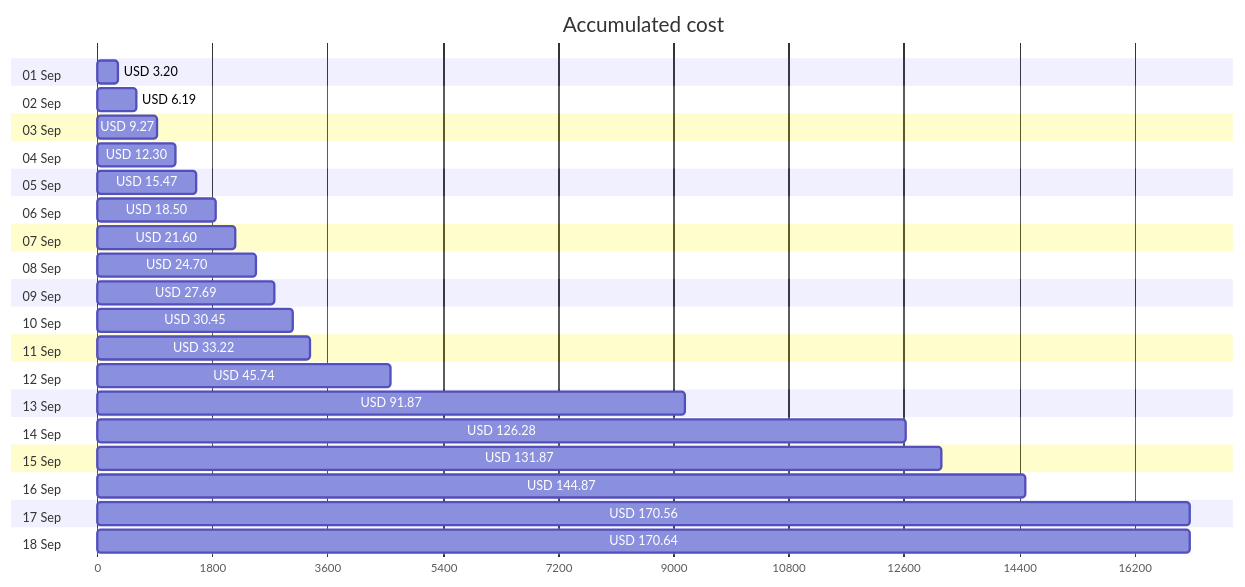
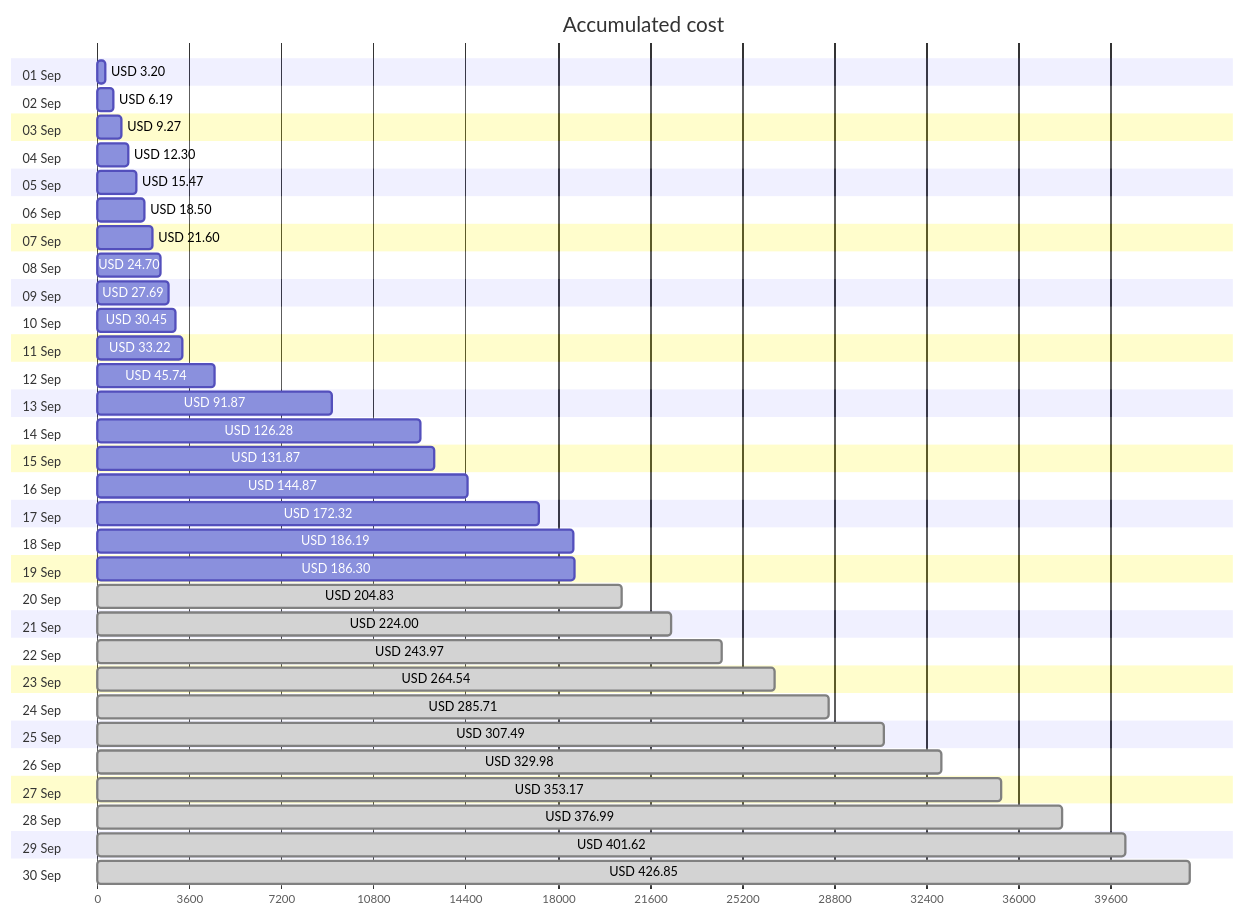
One commit to jpfulton/azure-personal-reports changed the first of 4 diagrams in cost-reports/personal-network/README.md. Above: the diagram before and after it, drawn with Mermaid. The commit also changed other lines of this file and 17 other files, not shown here.

````diff
--- a/cost-reports/personal-network/README.md
+++ b/cost-reports/personal-network/README.md
@@ -20,42 +20,66 @@
 ```mermaid
 gantt
    title Accumulated cost
    dateFormat  X
    axisFormat %s
    section 01 Sep
    USD 3.20 :0, 320
    section 02 Sep
    USD 6.19 :0, 619
    section 03 Sep
    USD 9.27 :0, 927
    section 04 Sep
    USD 12.30 :0, 1230
    section 05 Sep
    USD 15.47 :0, 1547
    section 06 Sep
    USD 18.50 :0, 1850
    section 07 Sep
    USD 21.60 :0, 2160
    section 08 Sep
    USD 24.70 :0, 2470
    section 09 Sep
    USD 27.69 :0, 2769
    section 10 Sep
    USD 30.45 :0, 3045
    section 11 Sep
    USD 33.22 :0, 3322
    section 12 Sep
    USD 45.74 :0, 4574
    section 13 Sep
    USD 91.87 :0, 9187
    section 14 Sep
    USD 126.28 :0, 12628
    section 15 Sep
    USD 131.87 :0, 13187
    section 16 Sep
    USD 144.87 :0, 14487
    section 17 Sep
-   USD 170.56 :0, 17056
+   USD 172.32 :0, 17232
    section 18 Sep
-   USD 170.64 :0, 17064
+   USD 186.19 :0, 18619
+   section 19 Sep
+   USD 186.30 :0, 18630
+   section 20 Sep
+   USD 204.83 : done, 0, 20483
+   section 21 Sep
+   USD 224.00 : done, 0, 22400
+   section 22 Sep
+   USD 243.97 : done, 0, 24397
+   section 23 Sep
+   USD 264.54 : done, 0, 26454
+   section 24 Sep
+   USD 285.71 : done, 0, 28571
+   section 25 Sep
+   USD 307.49 : done, 0, 30749
+   section 26 Sep
+   USD 329.98 : done, 0, 32998
+   section 27 Sep
+   USD 353.17 : done, 0, 35317
+   section 28 Sep
+   USD 376.99 : done, 0, 37699
+   section 29 Sep
+   USD 401.62 : done, 0, 40162
+   section 30 Sep
+   USD 426.85 : done, 0, 42685
 ```
````
